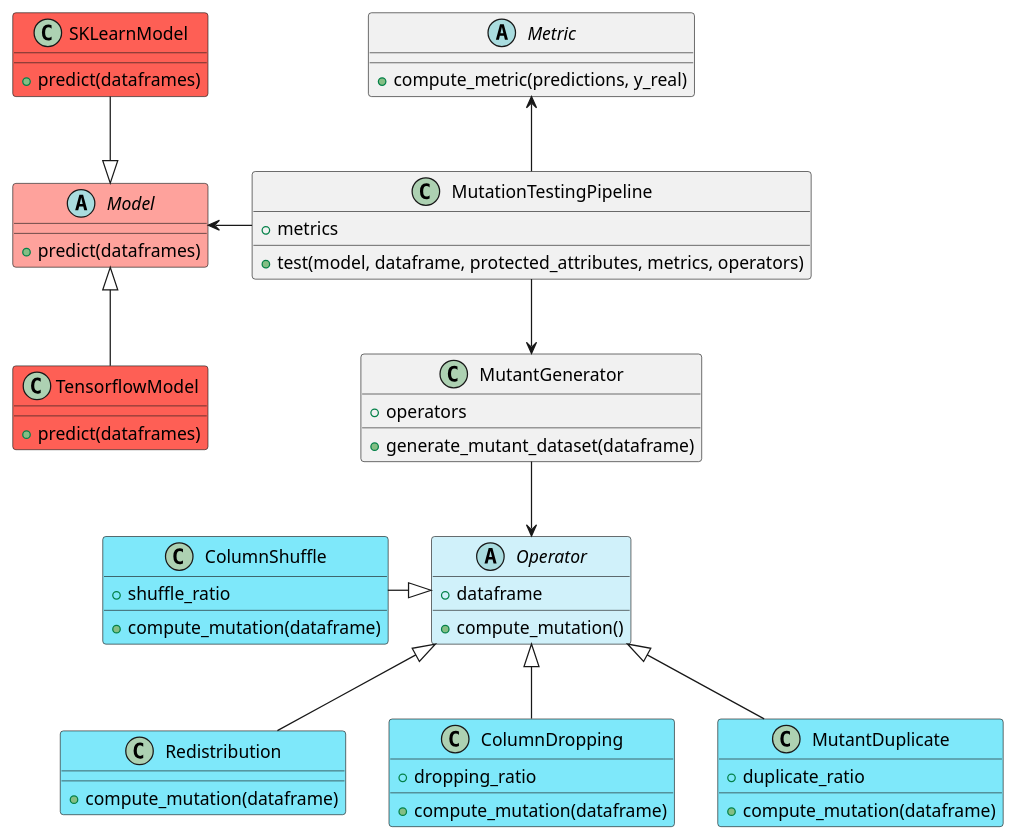
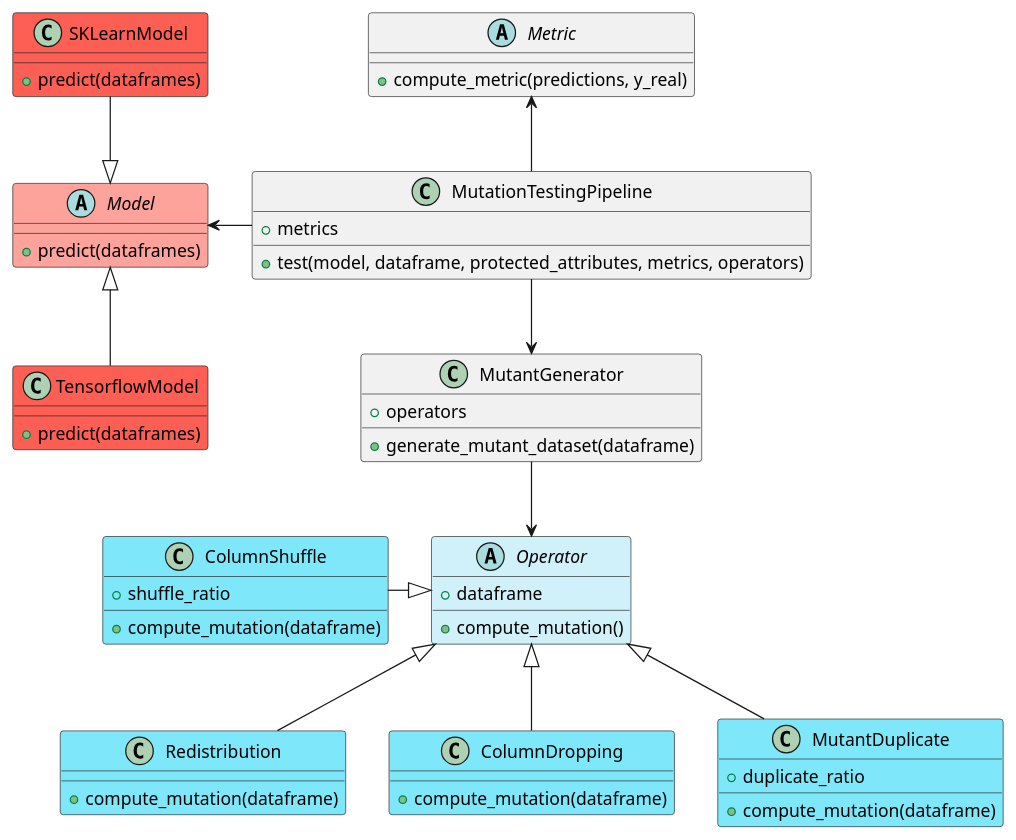
The diagram in design/class_diagram.puml (Camille-Molinier/mutation-testing-ml-fairness), drawn with PlantUML before and after one commit. The commit also changed 7 other files, not shown here.

```diff
--- a/design/class_diagram.puml
+++ b/design/class_diagram.puml
@@ -1,70 +1,69 @@
 @startuml
 'https://plantuml.com/class-diagram
 
 
 class MutationTestingPipeline {
     + metrics
     + test(model, dataframe, protected_attributes, metrics, operators)
 }
 
 abstract class Operator #D0F1FA{
     + dataframe
     + compute_mutation()
 }
 
 abstract class Model #FEA29C{
     + predict(dataframes)
 }
 
 abstract class Metric {
     + compute_metric(predictions, y_real)
 }
 
 class MutantGenerator {
     + operators
     + generate_mutant_dataset(dataframe)
 }
 
 class TensorflowModel #FE5F55{
     + predict(dataframes)
 }
 
 class SKLearnModel #FE5F55{
     + predict(dataframes)
 }
 
 class ColumnShuffle #7EE8FA{
     + shuffle_ratio
     + compute_mutation(dataframe)
 }
 
 class Redistribution #7EE8FA{
     + compute_mutation(dataframe)
 }
 
 class ColumnDropping #7EE8FA{
-    + dropping_ratio
     + compute_mutation(dataframe)
 }
 
 class MutantDuplicate #7EE8FA{
     + duplicate_ratio
     + compute_mutation(dataframe)
 }
 
 MutationTestingPipeline -l-> Model
 MutationTestingPipeline -u-> Metric
 
 SKLearnModel --|> Model
 TensorflowModel -u-|> Model
 
 ColumnShuffle -|> Operator
 Redistribution -u-|> Operator
 ColumnDropping -u-|> Operator
 MutantDuplicate -u-|> Operator
 
 MutantGenerator --> Operator
 
 MutationTestingPipeline -d-> MutantGenerator
 
 @enduml
```
